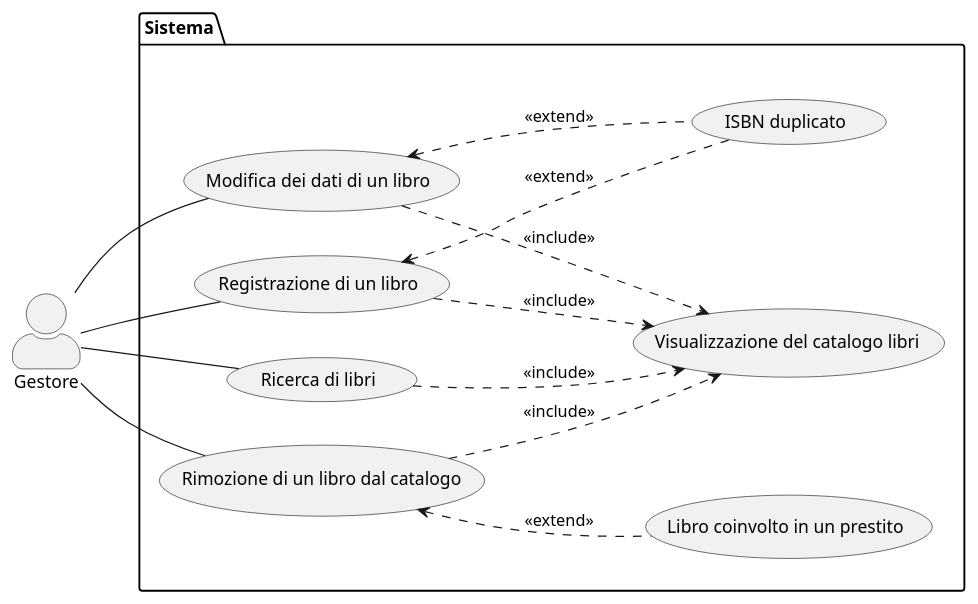
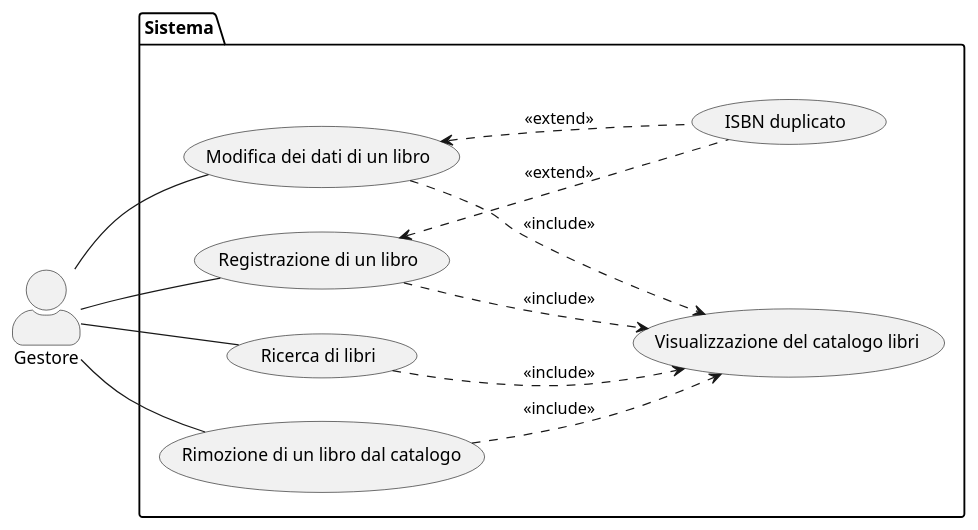
The diagram in docs/uml/usecasesLibro.puml (Meziu/easylibrary), drawn with PlantUML before and after one commit. The commit also changed 4 other files, not shown here.

```diff
--- a/docs/uml/usecasesLibro.puml
+++ b/docs/uml/usecasesLibro.puml
@@ -1,33 +1,31 @@
 @startuml
 skinparam actorStyle awesome
 
 left to right direction
 
 actor Gestore as G
 
 package Sistema {
     usecase "Visualizzazione del catalogo libri" as UC2
     usecase "Ricerca di libri" as UC11
     usecase "Registrazione di un libro" as UC12
     usecase "Modifica dei dati di un libro" as UC13
     usecase "Rimozione di un libro dal catalogo" as UC14
 
     usecase "ISBN duplicato" as UCA3
-    usecase "Libro coinvolto in un prestito" as UCA4
 }
 
 
 UC11 ..> UC2 : <<include>>
 UC12 ..> UC2 : <<include>>
 UC13 ..> UC2 : <<include>>
 UC14 ..> UC2 : <<include>>
 
 UC12 <.. UCA3 : <<extend>>
 UC13 <.. UCA3 : <<extend>>
-UC14 <.. UCA4  : <<extend>>
 
 G -- UC11
 G -- UC12
 G -- UC13
 G -- UC14
 @enduml
```
